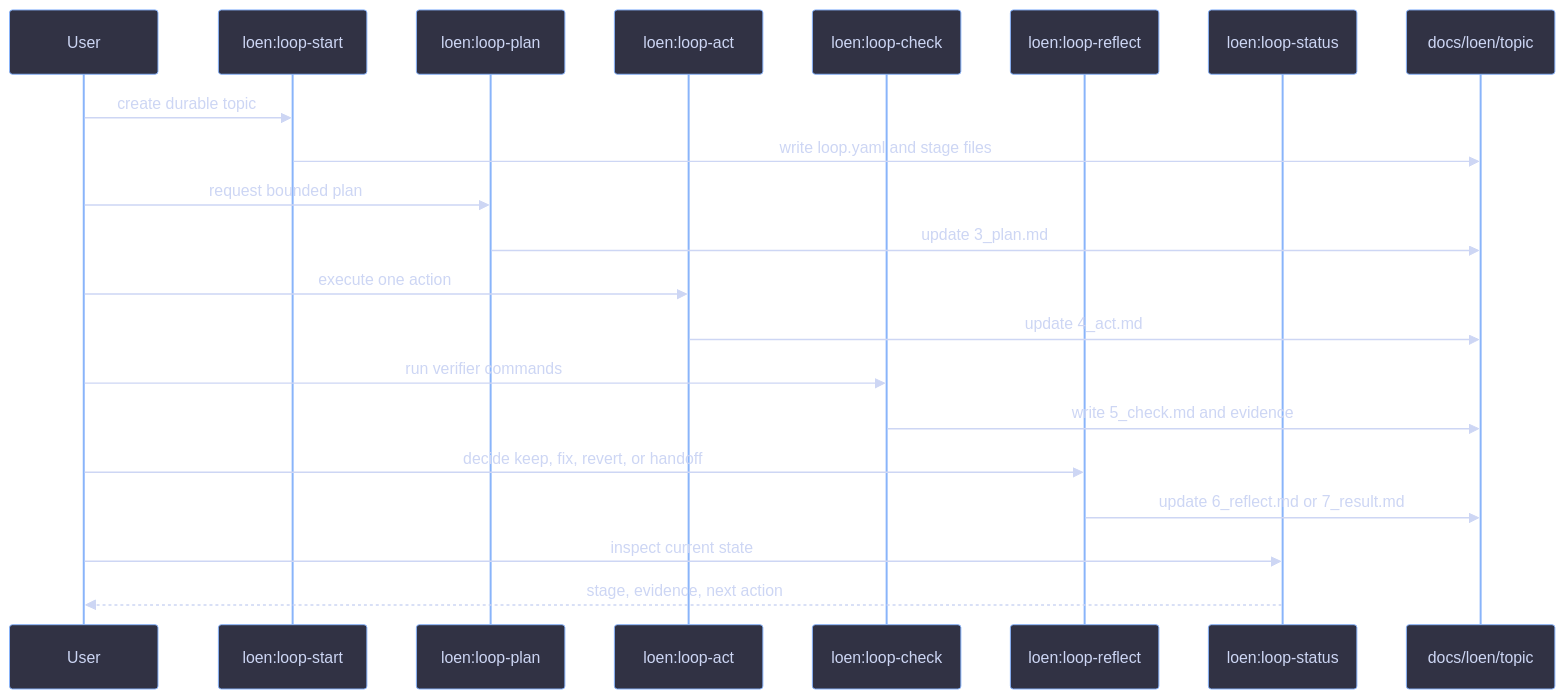
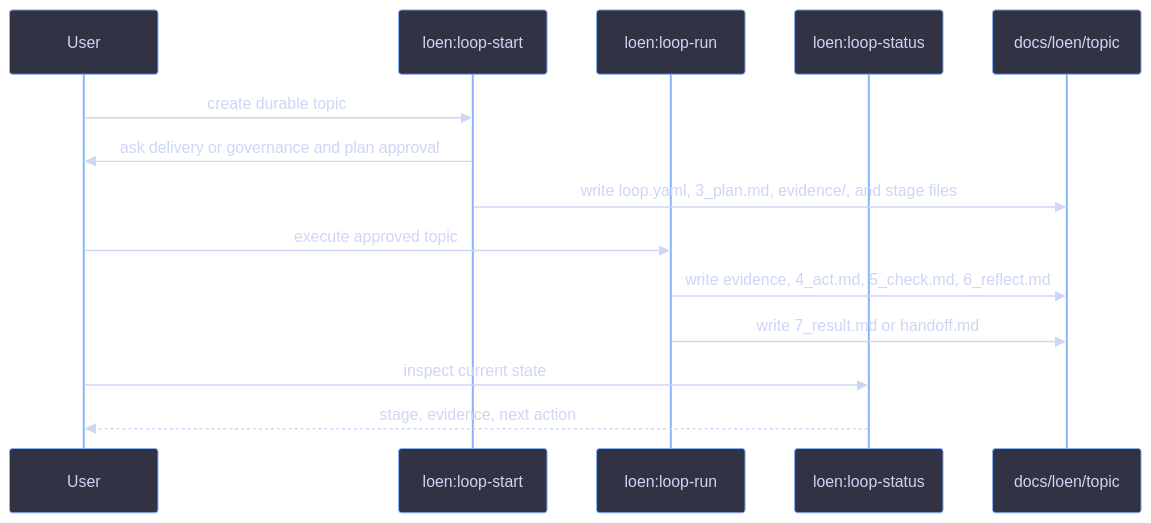
One commit to ikeniborn/icodex changed the first of 2 diagrams in plugins/loen/README.md. Above: the diagram before and after it, drawn with Mermaid. The commit also changed other lines of this file and 7 other files, not shown here.

````diff
--- a/plugins/loen/README.md
+++ b/plugins/loen/README.md
@@ -64,25 +75,18 @@
 ```mermaid
 %%{init: {'theme': 'base', 'themeVariables': {'background': '#1e1e2e', 'primaryColor': '#313244', 'primaryTextColor': '#cdd6f4', 'primaryBorderColor': '#89b4fa', 'lineColor': '#888888', 'secondaryColor': '#181825', 'tertiaryColor': '#45475a'}}}%%
 sequenceDiagram
     participant User as User
     participant Start as loen:loop-start
-    participant Plan as loen:loop-plan
-    participant Act as loen:loop-act
-    participant Check as loen:loop-check
-    participant Reflect as loen:loop-reflect
+    participant Run as loen:loop-run
     participant Status as loen:loop-status
     participant Files as docs/loen/topic
 
     User->>Start: create durable topic
-    Start->>Files: write loop.yaml and stage files
-    User->>Plan: request bounded plan
-    Plan->>Files: update 3_plan.md
-    User->>Act: execute one action
-    Act->>Files: update 4_act.md
-    User->>Check: run verifier commands
-    Check->>Files: write 5_check.md and evidence
-    User->>Reflect: decide keep, fix, revert, or handoff
-    Reflect->>Files: update 6_reflect.md or 7_result.md
+    Start->>User: ask delivery or governance and plan approval
+    Start->>Files: write loop.yaml, 3_plan.md, evidence/, and stage files
+    User->>Run: execute approved topic
+    Run->>Files: write evidence, 4_act.md, 5_check.md, 6_reflect.md
+    Run->>Files: write 7_result.md or handoff.md
     User->>Status: inspect current state
     Status-->>User: stage, evidence, next action
 ```
````
